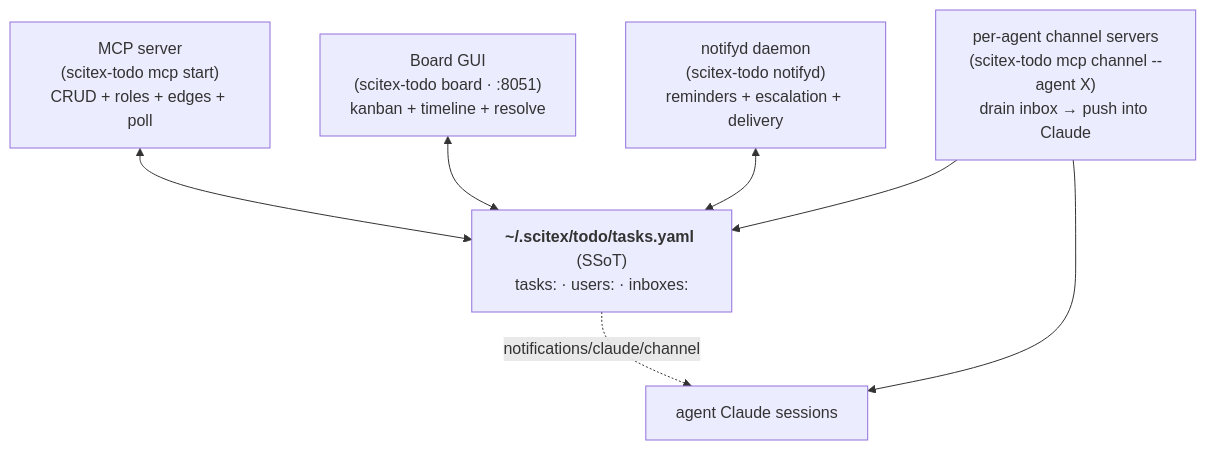
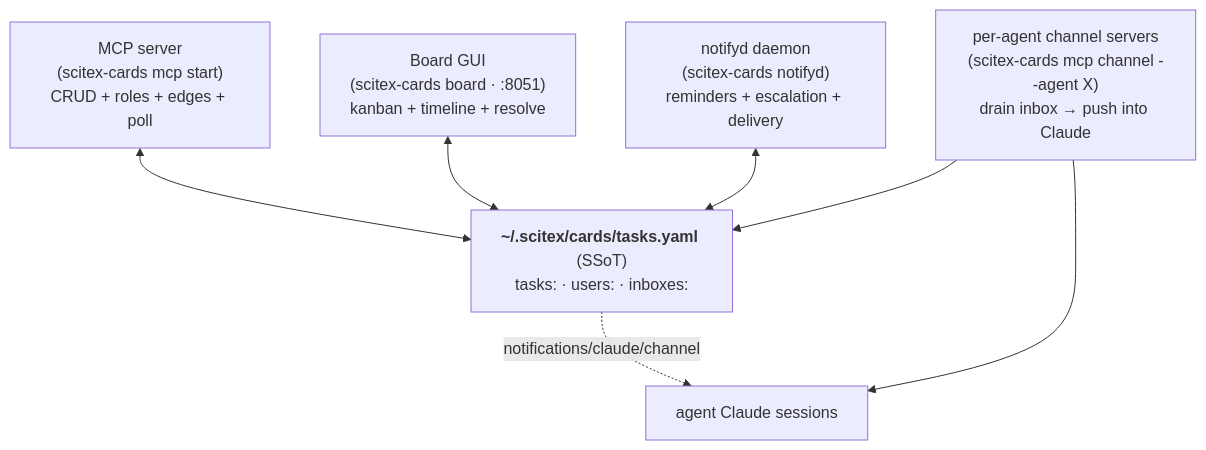
Before and after one commit to scitex-ai/scitex-cards: the first of 4 diagrams in README.md, drawn with Mermaid. The commit also changed other lines of this file and 61 other files, not shown here.

````diff
--- a/README.md
+++ b/README.md
@@ -64,18 +64,18 @@
 ```mermaid
 flowchart TB
-    store["`**~/.scitex/todo/tasks.yaml** (SSoT)
+    store["`**~/.scitex/cards/tasks.yaml** (SSoT)
     tasks: · users: · inboxes:`"]
 
-    mcp["MCP server<br/>(scitex-todo mcp start)<br/>CRUD + roles + edges + poll"]
-    board["Board GUI<br/>(scitex-todo board · :8051)<br/>kanban + timeline + resolve"]
-    notifyd["notifyd daemon<br/>(scitex-todo notifyd)<br/>reminders + escalation + delivery"]
-    chan["per-agent channel servers<br/>(scitex-todo mcp channel --agent X)<br/>drain inbox → push into Claude"]
+    mcp["MCP server<br/>(scitex-cards mcp start)<br/>CRUD + roles + edges + poll"]
+    board["Board GUI<br/>(scitex-cards board · :8051)<br/>kanban + timeline + resolve"]
+    notifyd["notifyd daemon<br/>(scitex-cards notifyd)<br/>reminders + escalation + delivery"]
+    chan["per-agent channel servers<br/>(scitex-cards mcp channel --agent X)<br/>drain inbox → push into Claude"]
 
     mcp <--> store
     board <--> store
     notifyd <--> store
     chan --> store
 
     store -. "notifications/claude/channel" .-> claude["agent Claude sessions"]
     chan --> claude
 ```
````
